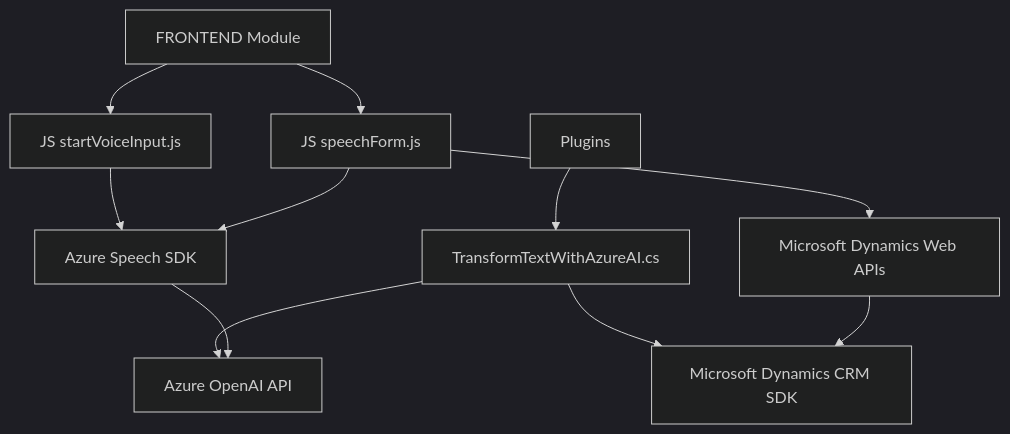
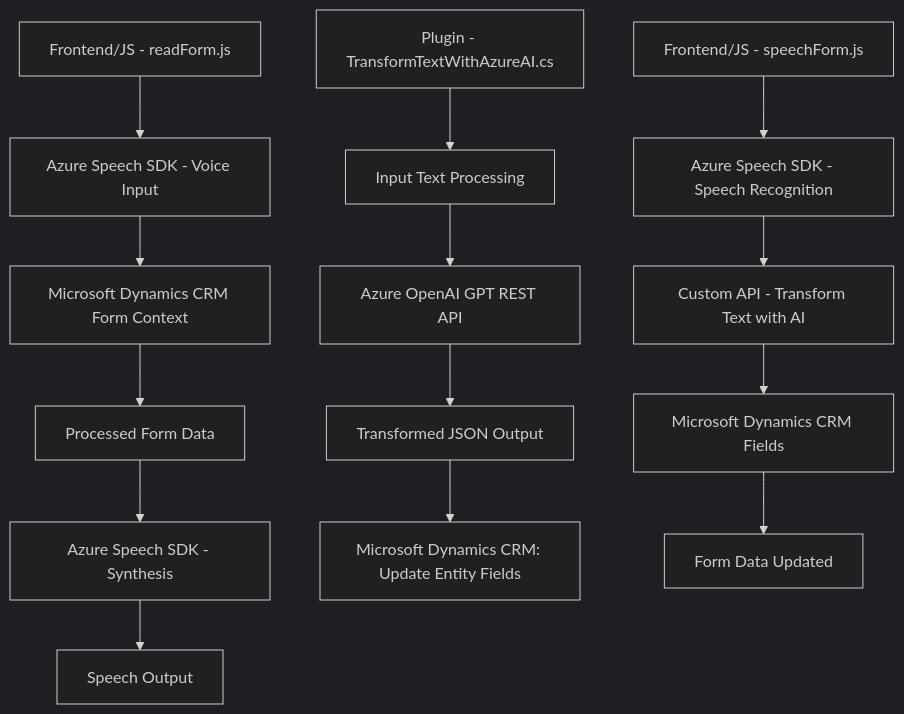
The diagram in README.md (blopezdm/NETCORE_BILBAO2025), drawn with Mermaid (dark theme) before and after one commit. The commit also changed other lines of this file, not shown here.

````diff
--- a/README.md
+++ b/README.md
@@ -64,15 +64,19 @@
 ```mermaid
 graph TD
-A["FRONTEND Module"] --> B["JS startVoiceInput.js"]
-A --> C["JS speechForm.js"]
-B --> D["Azure Speech SDK"]
-C --> D
-C --> E["Microsoft Dynamics Web APIs"]
-
-F["Plugins"] --> G["TransformTextWithAzureAI.cs"]
-G --> H["Microsoft Dynamics CRM SDK"]
-G --> I["Azure OpenAI API"]
-
-E --> H
-D --> I
+    A["Frontend/JS - readForm.js"] --> B["Azure Speech SDK - Voice Input"]
+    B --> C["Microsoft Dynamics CRM Form Context"]
+    C --> D["Processed Form Data"]
+    D --> E["Azure Speech SDK - Synthesis"]
+    
+    F["Frontend/JS - speechForm.js"] --> G["Azure Speech SDK - Speech Recognition"]
+    G --> H["Custom API - Transform Text with AI"]
+    H --> I["Microsoft Dynamics CRM Fields"]
+    
+    J["Plugin - TransformTextWithAzureAI.cs"] --> K["Input Text Processing"]
+    K --> L["Azure OpenAI GPT REST API"]
+    L --> M["Transformed JSON Output"]
+    M --> N["Microsoft Dynamics CRM: Update Entity Fields"]
+    
+    E --> O["Speech Output"]
+    I --> P["Form Data Updated"]
 ```
````
